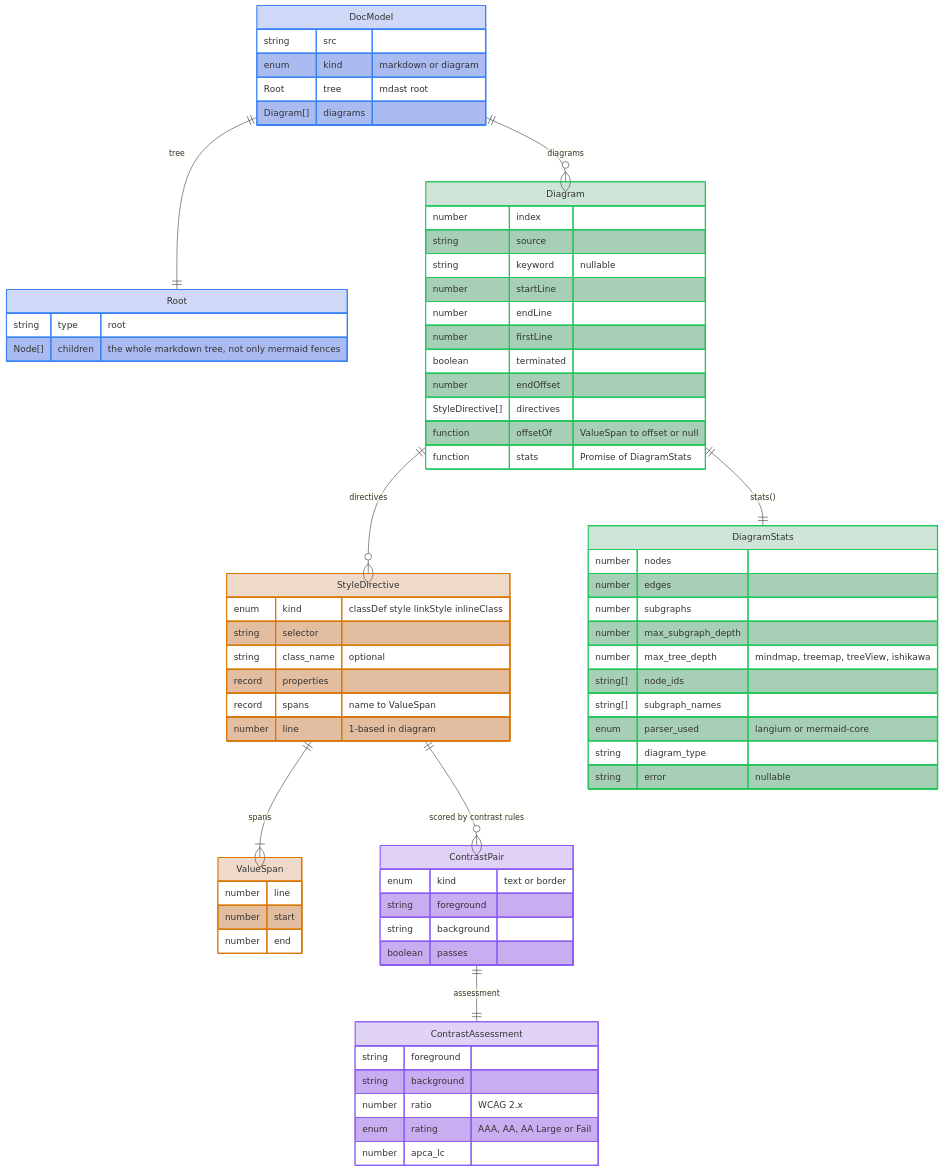
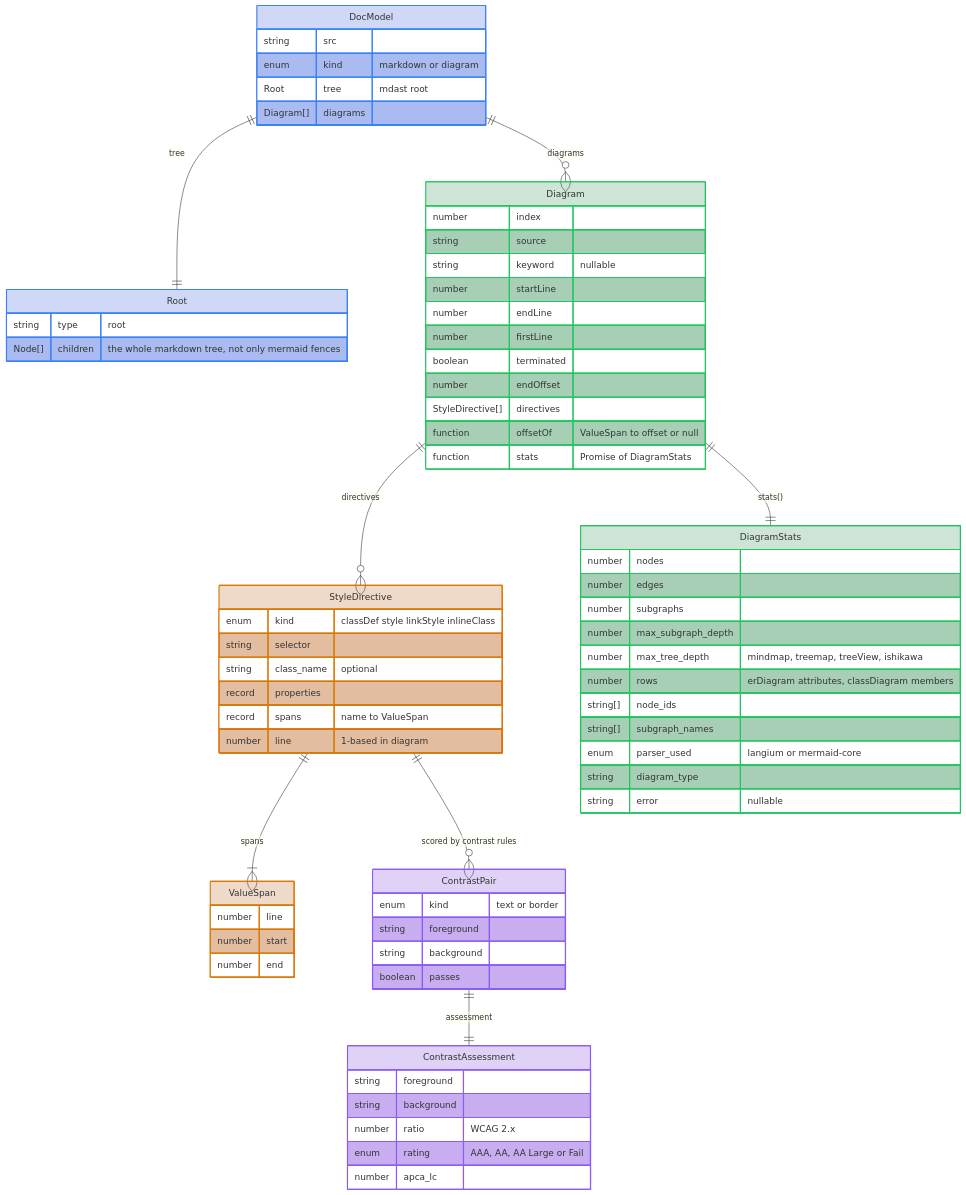
Before and after one commit to jpeakai/jpai-mermaidjs-lint: the diagram in docs-site/diagrams/document-model-detail.md, drawn with Mermaid. The commit also changed 27 other files, not shown here.

First line of the commit message:
Count what a reader must read in sequence, state, entity and class diagrams

````diff
--- a/docs-site/diagrams/document-model-detail.md
+++ b/docs-site/diagrams/document-model-detail.md
@@ -1,81 +1,82 @@
 ```mermaid
 erDiagram
     DocModel ||--|| Root : "tree"
     DocModel ||--o{ Diagram : "diagrams"
     Diagram ||--o{ StyleDirective : "directives"
     StyleDirective ||--|{ ValueSpan : "spans"
     Diagram ||--|| DiagramStats : "stats()"
     StyleDirective ||--o{ ContrastPair : "scored by contrast rules"
     ContrastPair ||--|| ContrastAssessment : "assessment"
 
     DocModel {
         string src
         enum kind "markdown or diagram"
         Root tree "mdast root"
         Diagram[] diagrams
     }
     Root {
         string type "root"
         Node[] children "the whole markdown tree, not only mermaid fences"
     }
     Diagram {
         number index
         string source
         string keyword "nullable"
         number startLine
         number endLine
         number firstLine
         boolean terminated
         number endOffset
         StyleDirective[] directives
         function offsetOf "ValueSpan to offset or null"
         function stats "Promise of DiagramStats"
     }
     StyleDirective {
         enum kind "classDef style linkStyle inlineClass"
         string selector
         string class_name "optional"
         record properties
         record spans "name to ValueSpan"
         number line "1-based in diagram"
     }
     ValueSpan {
         number line
         number start
         number end
     }
     DiagramStats {
         number nodes
         number edges
         number subgraphs
         number max_subgraph_depth
         number max_tree_depth "mindmap, treemap, treeView, ishikawa"
+        number rows "erDiagram attributes, classDiagram members"
         string[] node_ids
         string[] subgraph_names
         enum parser_used "langium or mermaid-core"
         string diagram_type
         string error "nullable"
     }
     ContrastPair {
         enum kind "text or border"
         string foreground
         string background
         boolean passes
     }
     ContrastAssessment {
         string foreground
         string background
         number ratio "WCAG 2.x"
         enum rating "AAA, AA, AA Large or Fail"
         number apca_lc
     }
 
     classDef docTint fill:#1d4ed836,stroke:#3b82f6,stroke-width:2px
     classDef diagramTint fill:#15803d36,stroke:#22c55e,stroke-width:2px
     classDef styleTint fill:#b4530936,stroke:#d97706,stroke-width:2px
     classDef scoreTint fill:#6d28d936,stroke:#8b5cf6,stroke-width:2px
     class DocModel,Root docTint
     class Diagram,DiagramStats diagramTint
     class StyleDirective,ValueSpan styleTint
     class ContrastPair,ContrastAssessment scoreTint
 ```
````
